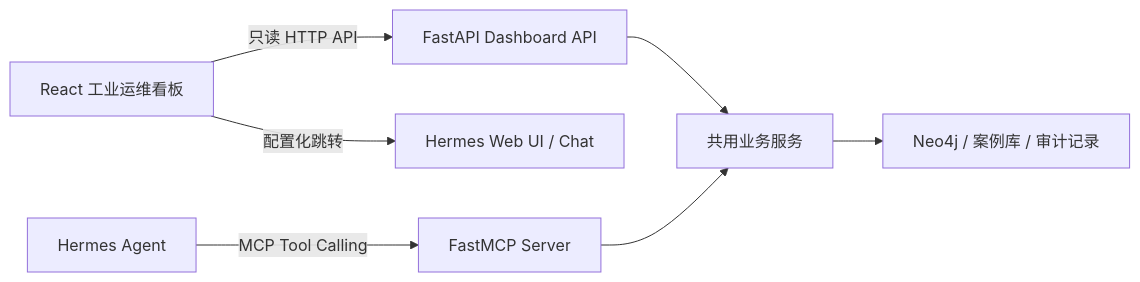
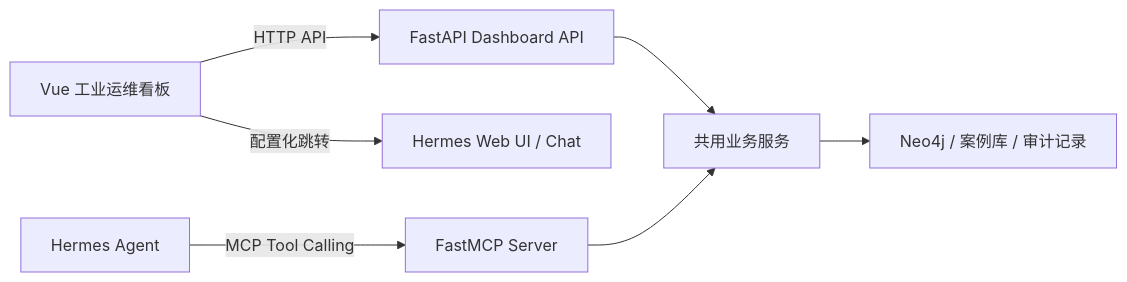
The second of 2 diagrams in docs/项目需求文档-多工具调用工业运维Agent.md (tada-zako/industrial-maintenance-agent), drawn with Mermaid before and after one commit. The commit also changed other lines of this file and 25 other files, not shown here.

````diff
--- a/docs/项目需求文档-多工具调用工业运维Agent.md
+++ b/docs/项目需求文档-多工具调用工业运维Agent.md
@@ -557,9 +557,9 @@
 ```mermaid
 flowchart LR
-    F[React 工业运维看板] -->|只读 HTTP API| A[FastAPI Dashboard API]
+    F[Vue 工业运维看板] -->|HTTP API| A[FastAPI Dashboard API]
     A --> D[共用业务服务]
     D --> N[Neo4j / 案例库 / 审计记录]
     H[Hermes Agent] -->|MCP Tool Calling| M[FastMCP Server]
     M --> D
     F -->|配置化跳转| W[Hermes Web UI / Chat]
 ```
````
